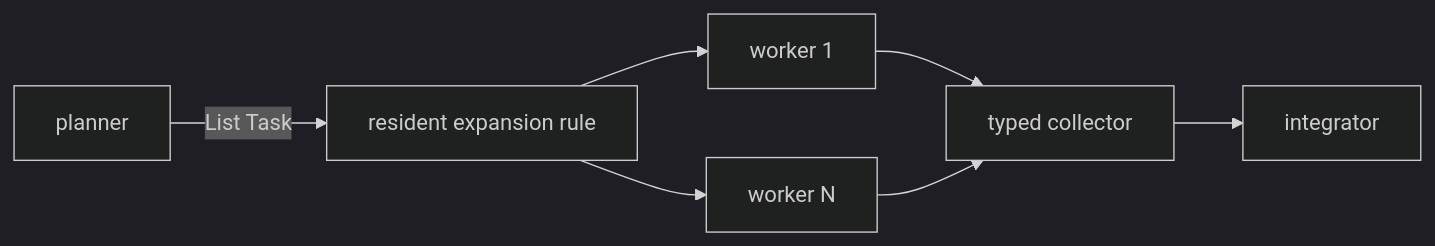
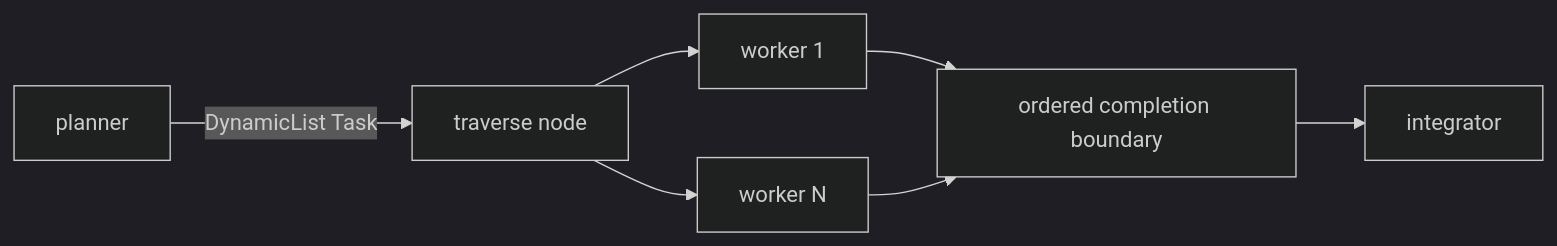
Before and after one commit to Demezy/nefor: the second of 3 diagrams in mag/book/02. nefor/03. Hierarchical Composition.md, drawn with Mermaid (dark theme). The commit also changed other lines of this file and 29 other files, not shown here.

````diff
--- a/mag/book/02. nefor/03. Hierarchical Composition.md
+++ b/mag/book/02. nefor/03. Hierarchical Composition.md
@@ -22,9 +38,9 @@
 ```mermaid
 flowchart LR
-  planner["planner"] -->|"List Task"| expand["resident expansion rule"]
+  planner["planner"] -->|"DynamicList Task"| expand["traverse node"]
   expand --> worker1["worker 1"]
   expand --> workerN["worker N"]
-  worker1 --> collector["typed collector"]
-  workerN --> collector
-  collector --> integrator["integrator"]
+  worker1 --> context["ordered completion boundary"]
+  workerN --> context
+  context --> integrator["integrator"]
 ```
````
